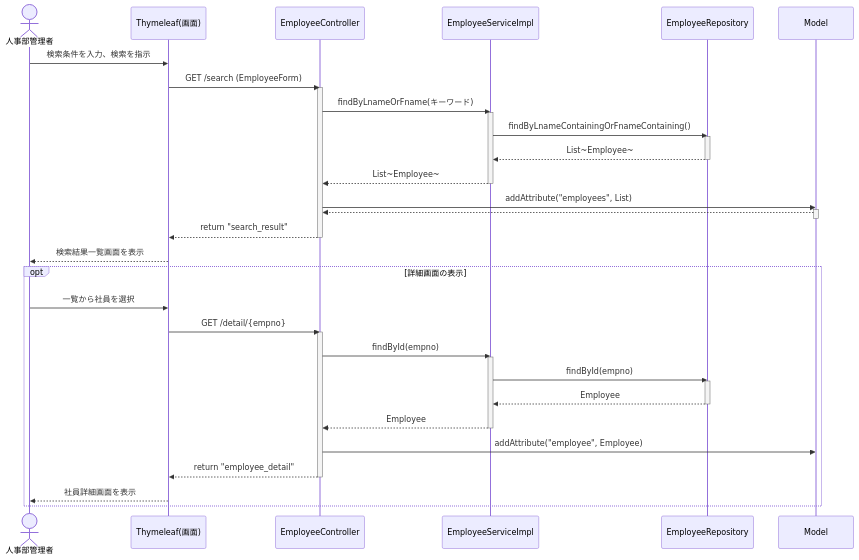
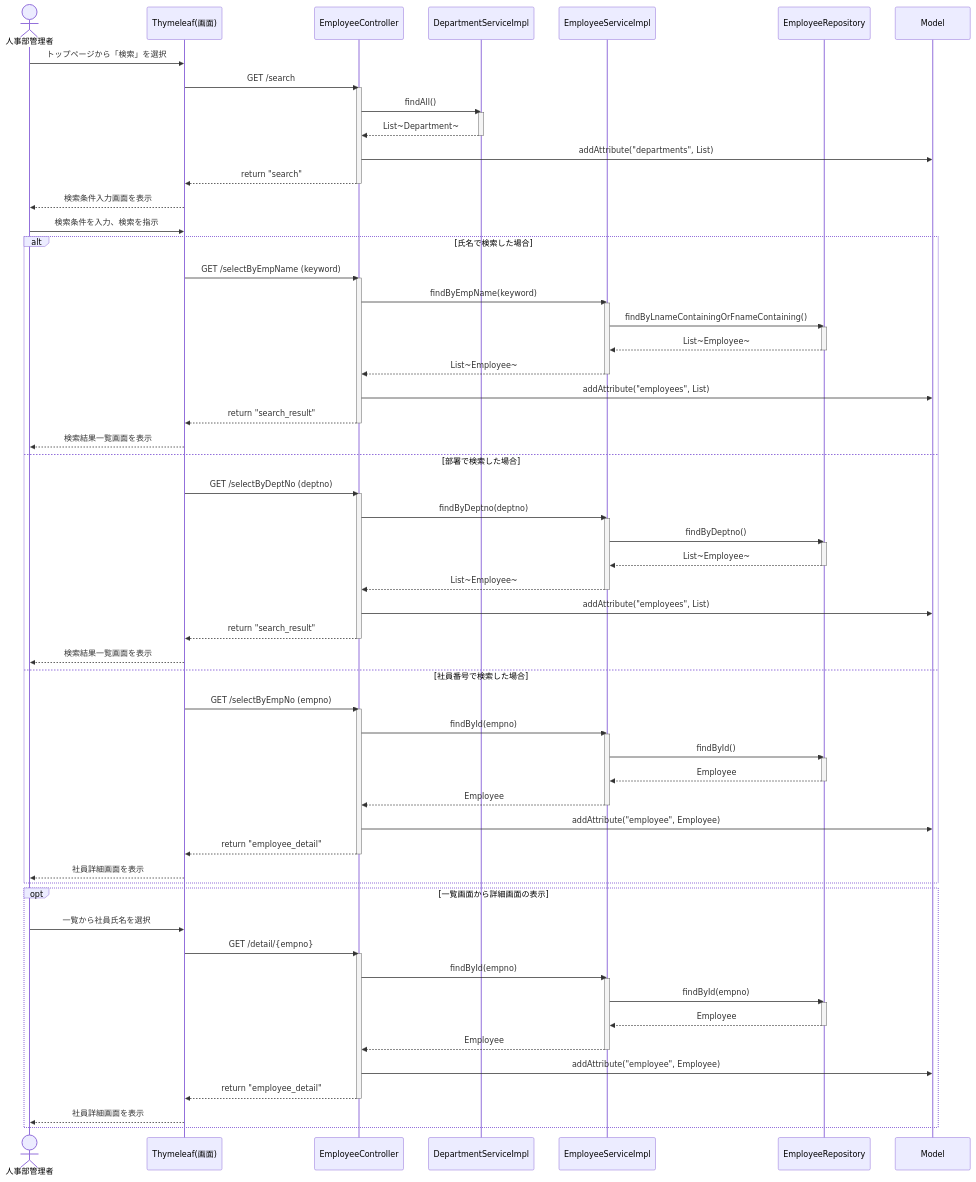
Before and after one commit to juyeongjung1/NewEIMS: diagram 18 of 21 in EIMS_Comprehensive_Exercise_Guide.md, drawn with Mermaid. The commit also changed other lines of this file, not shown here.

Commit message:
分析・設計の両シーケンス図に、全検索パターンの分岐とトップページ導線を追加

```diff
--- a/EIMS_Comprehensive_Exercise_Guide.md
+++ b/EIMS_Comprehensive_Exercise_Guide.md
@@ -1183,34 +1190,76 @@
     actor Admin as 人事部管理者
     participant View as Thymeleaf(画面)
     participant Ctrl as EmployeeController
+    participant DSvc as DepartmentServiceImpl
     participant Svc as EmployeeServiceImpl
     participant Rep as EmployeeRepository
     participant Model as Model
 
+    Admin ->> View: トップページから「検索」を選択
+    View ->> Ctrl: GET /search
+    activate Ctrl
+    Ctrl ->> DSvc: findAll()
+    activate DSvc
+    DSvc -->> Ctrl: List~Department~
+    deactivate DSvc
+    Ctrl ->> Model: addAttribute("departments", List)
+    Ctrl -->> View: return "search"
+    deactivate Ctrl
+    View -->> Admin: 検索条件入力画面を表示
+    
     Admin ->> View: 検索条件を入力、検索を指示
-    View ->> Ctrl: GET /search (EmployeeForm)
-    activate Ctrl
     
-    Ctrl ->> Svc: findByLnameOrFname(キーワード)
-    activate Svc
-    Svc ->> Rep: findByLnameContainingOrFnameContaining()
-    activate Rep
-    Rep -->> Svc: List~Employee~
-    deactivate Rep
-    Svc -->> Ctrl: List~Employee~
-    deactivate Svc
+    alt 氏名で検索した場合
+        View ->> Ctrl: GET /selectByEmpName (keyword)
+        activate Ctrl
+        Ctrl ->> Svc: findByEmpName(keyword)
+        activate Svc
+        Svc ->> Rep: findByLnameContainingOrFnameContaining()
+        activate Rep
+        Rep -->> Svc: List~Employee~
+        deactivate Rep
+        Svc -->> Ctrl: List~Employee~
+        deactivate Svc
+        Ctrl ->> Model: addAttribute("employees", List)
+        Ctrl -->> View: return "search_result"
+        deactivate Ctrl
+        View -->> Admin: 検索結果一覧画面を表示
+        
+    else 部署で検索した場合
+        View ->> Ctrl: GET /selectByDeptNo (deptno)
+        activate Ctrl
+        Ctrl ->> Svc: findByDeptno(deptno)
+        activate Svc
+        Svc ->> Rep: findByDeptno()
+        activate Rep
+        Rep -->> Svc: List~Employee~
+        deactivate Rep
+        Svc -->> Ctrl: List~Employee~
+        deactivate Svc
+        Ctrl ->> Model: addAttribute("employees", List)
+        Ctrl -->> View: return "search_result"
+        deactivate Ctrl
+        View -->> Admin: 検索結果一覧画面を表示
+        
+    else 社員番号で検索した場合
+        View ->> Ctrl: GET /selectByEmpNo (empno)
+        activate Ctrl
+        Ctrl ->> Svc: findById(empno)
+        activate Svc
+        Svc ->> Rep: findById()
+        activate Rep
+        Rep -->> Svc: Employee
+        deactivate Rep
+        Svc -->> Ctrl: Employee
+        deactivate Svc
+        Ctrl ->> Model: addAttribute("employee", Employee)
+        Ctrl -->> View: return "employee_detail"
+        deactivate Ctrl
+        View -->> Admin: 社員詳細画面を表示
+    end
     
-    Ctrl ->> Model: addAttribute("employees", List)
-    activate Model
-    Model -->> Ctrl: 
-    deactivate Model
-    
-    Ctrl -->> View: return "search_result"
-    deactivate Ctrl
-    View -->> Admin: 検索結果一覧画面を表示
-    
-    opt 詳細画面の表示
-        Admin ->> View: 一覧から社員を選択
+    opt 一覧画面から詳細画面の表示
+        Admin ->> View: 一覧から社員氏名を選択
         View ->> Ctrl: GET /detail/{empno}
         activate Ctrl
         Ctrl ->> Svc: findById(empno)
```
